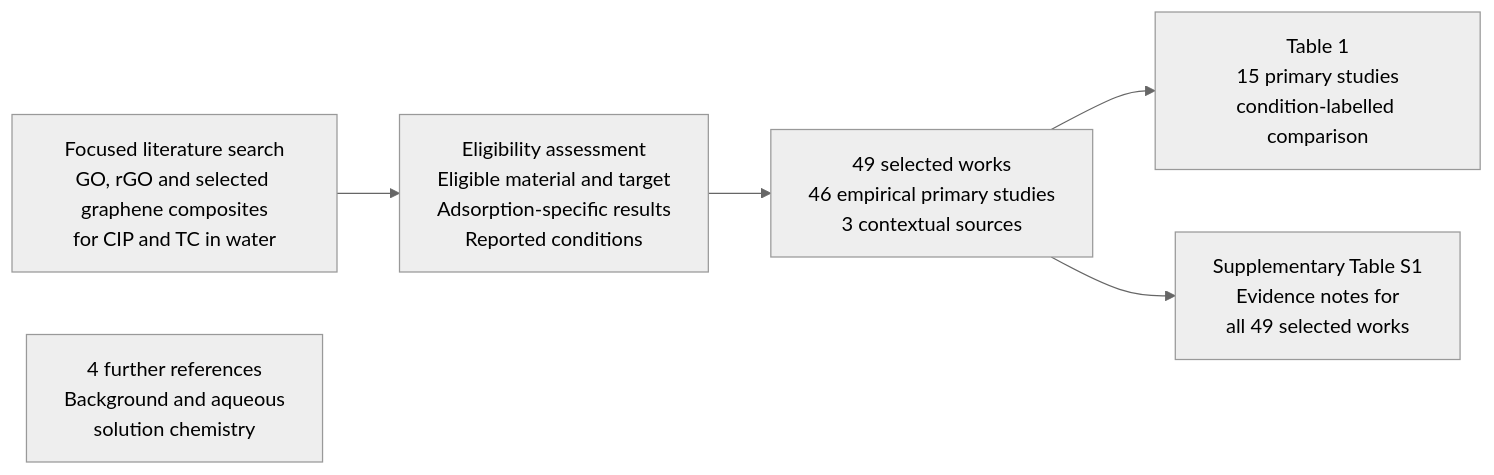
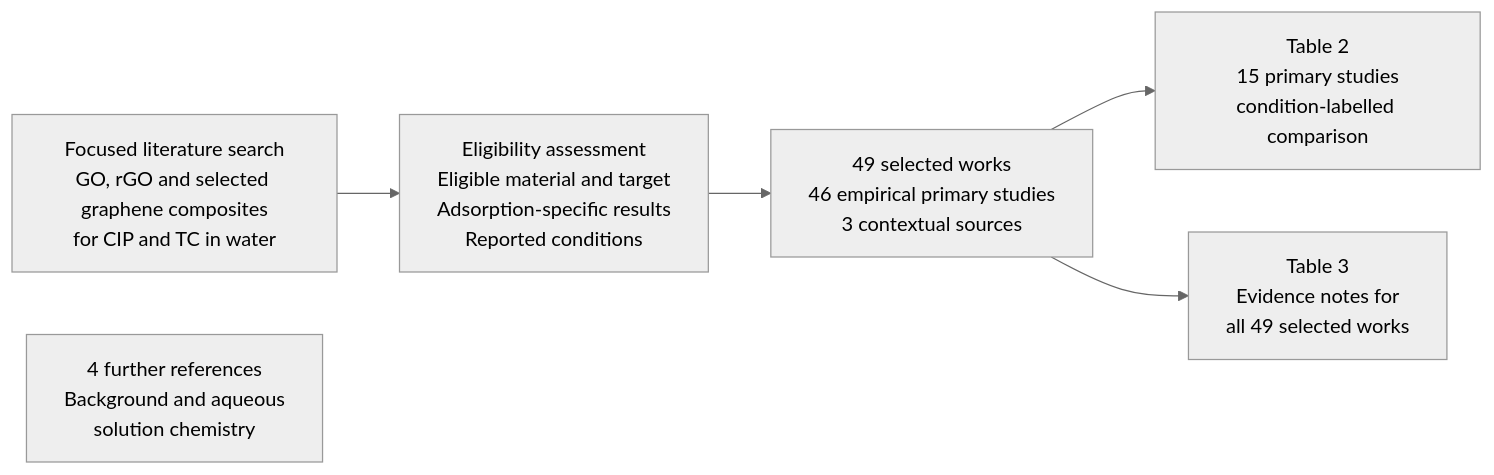
The second of 5 diagrams in manuscript/SEMESTER_MANUSCRIPT_ASSEMBLED_SOURCE_V2.md (zaidkhan005/reviewAdsorbants), drawn with Mermaid (neutral theme) before and after one commit. The commit also changed other lines of this file, not shown here.

Commit message:
Integrate search strategy and evidence coverage tables; renumber manuscript tables

````diff
--- a/manuscript/SEMESTER_MANUSCRIPT_ASSEMBLED_SOURCE_V2.md
+++ b/manuscript/SEMESTER_MANUSCRIPT_ASSEMBLED_SOURCE_V2.md
@@ -132,13 +134,13 @@
 ```mermaid
 flowchart LR
     A["Focused literature search<br/>GO, rGO and selected graphene composites<br/>for CIP and TC in water"]
     B["Eligibility assessment<br/>Eligible material and target<br/>Adsorption-specific results<br/>Reported conditions"]
     C["49 selected works<br/>46 empirical primary studies<br/>3 contextual sources"]
-    D["Table 1<br/>15 primary studies<br/>condition-labelled comparison"]
-    E["Supplementary Table S1<br/>Evidence notes for<br/>all 49 selected works"]
+    D["Table 2<br/>15 primary studies<br/>condition-labelled comparison"]
+    E["Table 3<br/>Evidence notes for<br/>all 49 selected works"]
     F["4 further references<br/>Background and aqueous<br/>solution chemistry"]
     A --> B --> C
     C --> D
     C --> E
 
 ```
````
